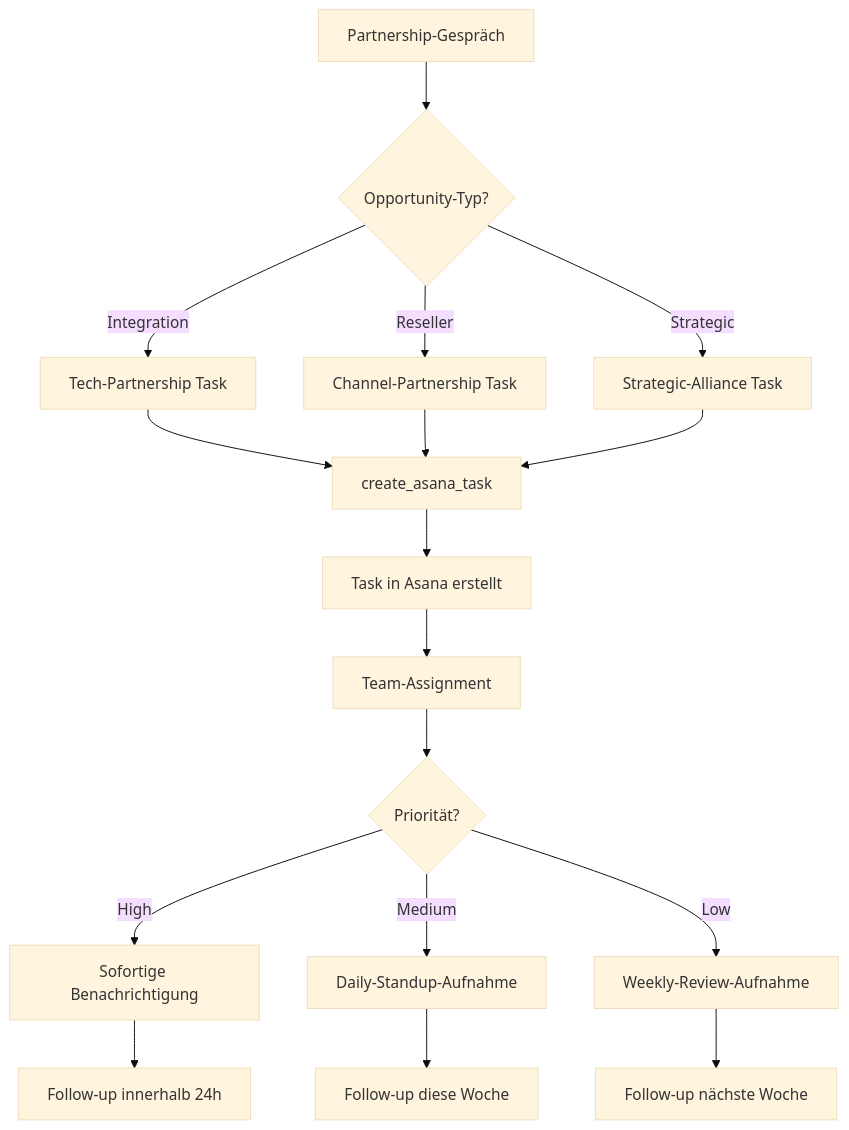
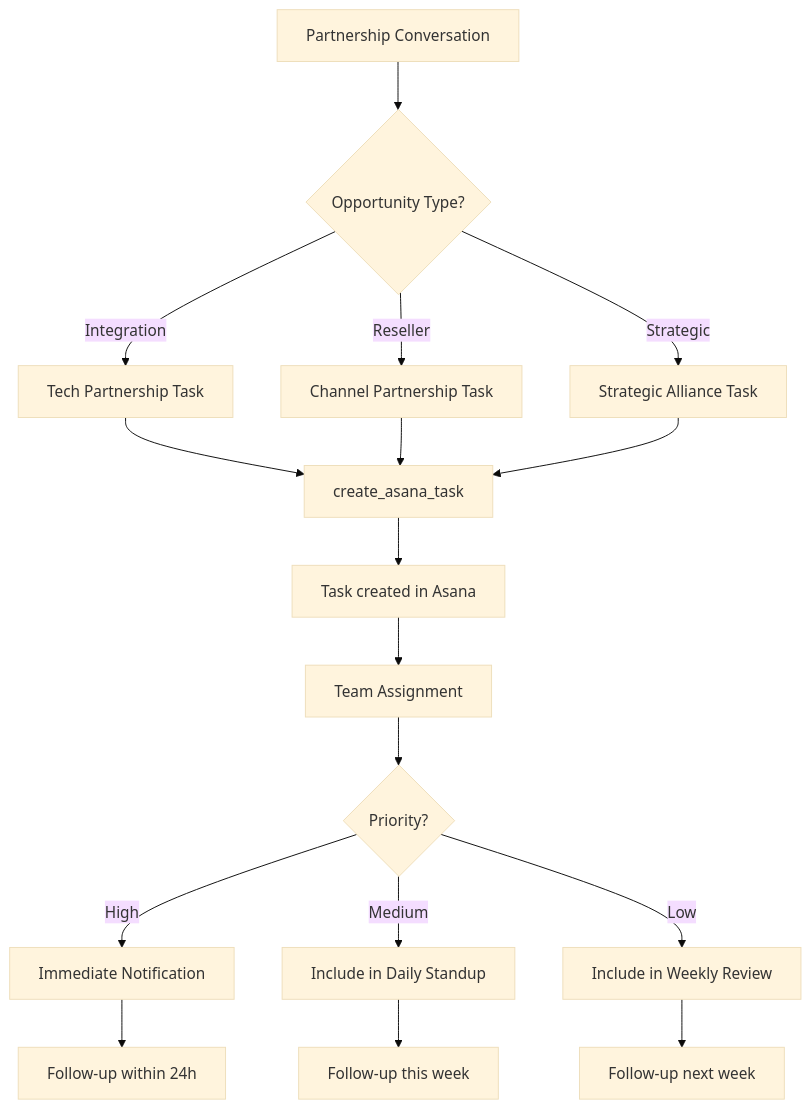
One commit to bekgroup/Famulor-docs-de changed the first of 2 diagrams in en/automation-platform/mid-call-tools/integration-templates/asana-integration.mdx. Above: the diagram before and after it, drawn with Mermaid (base theme). The commit also changed other lines of this file and 273 other files, not shown here.

````diff
--- a/en/automation-platform/mid-call-tools/integration-templates/asana-integration.mdx
+++ b/en/automation-platform/mid-call-tools/integration-templates/asana-integration.mdx
@@ -285,23 +284,23 @@
 ```mermaid
 flowchart TD
-    A[Partnership-Gespräch] --> B{Opportunity-Typ?}
-    B -->|Integration| C[Tech-Partnership Task]
-    B -->|Reseller| D[Channel-Partnership Task]
-    B -->|Strategic| E[Strategic-Alliance Task]
+    A[Partnership Conversation] --> B{Opportunity Type?}
+    B -->|Integration| C[Tech Partnership Task]
+    B -->|Reseller| D[Channel Partnership Task]
+    B -->|Strategic| E[Strategic Alliance Task]
     
     C --> F[create_asana_task]
     D --> F
     E --> F
     
-    F --> G[Task in Asana erstellt]
-    G --> H[Team-Assignment]
-    H --> I{Priorität?}
+    F --> G[Task created in Asana]
+    G --> H[Team Assignment]
+    H --> I{Priority?}
     
-    I -->|High| J[Sofortige Benachrichtigung]
-    I -->|Medium| K[Daily-Standup-Aufnahme]
-    I -->|Low| L[Weekly-Review-Aufnahme]
+    I -->|High| J[Immediate Notification]
+    I -->|Medium| K[Include in Daily Standup]
+    I -->|Low| L[Include in Weekly Review]
     
-    J --> M[Follow-up innerhalb 24h]
-    K --> N[Follow-up diese Woche]
-    L --> O[Follow-up nächste Woche]
+    J --> M[Follow-up within 24h]
+    K --> N[Follow-up this week]
+    L --> O[Follow-up next week]
 ```
````
